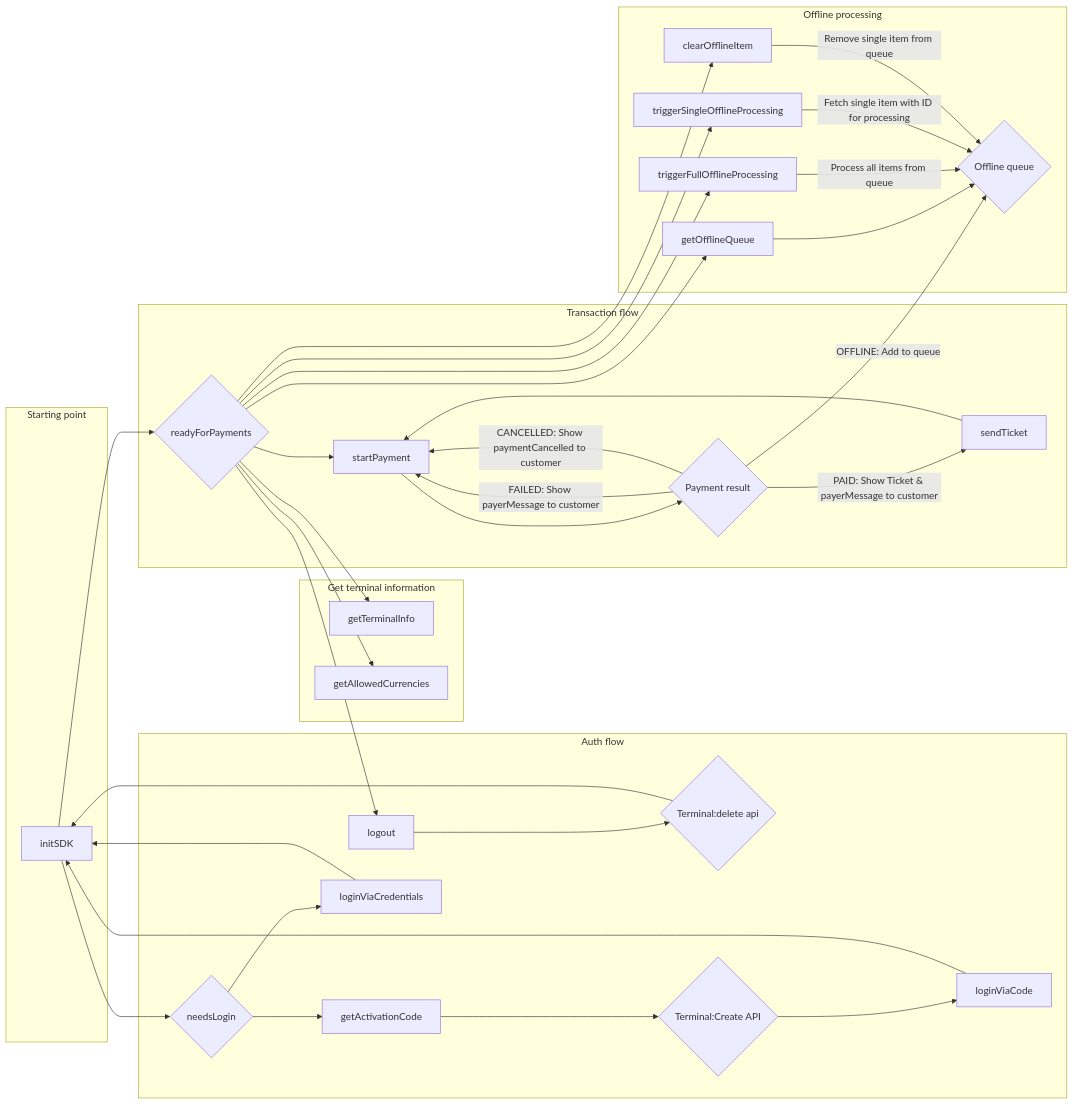
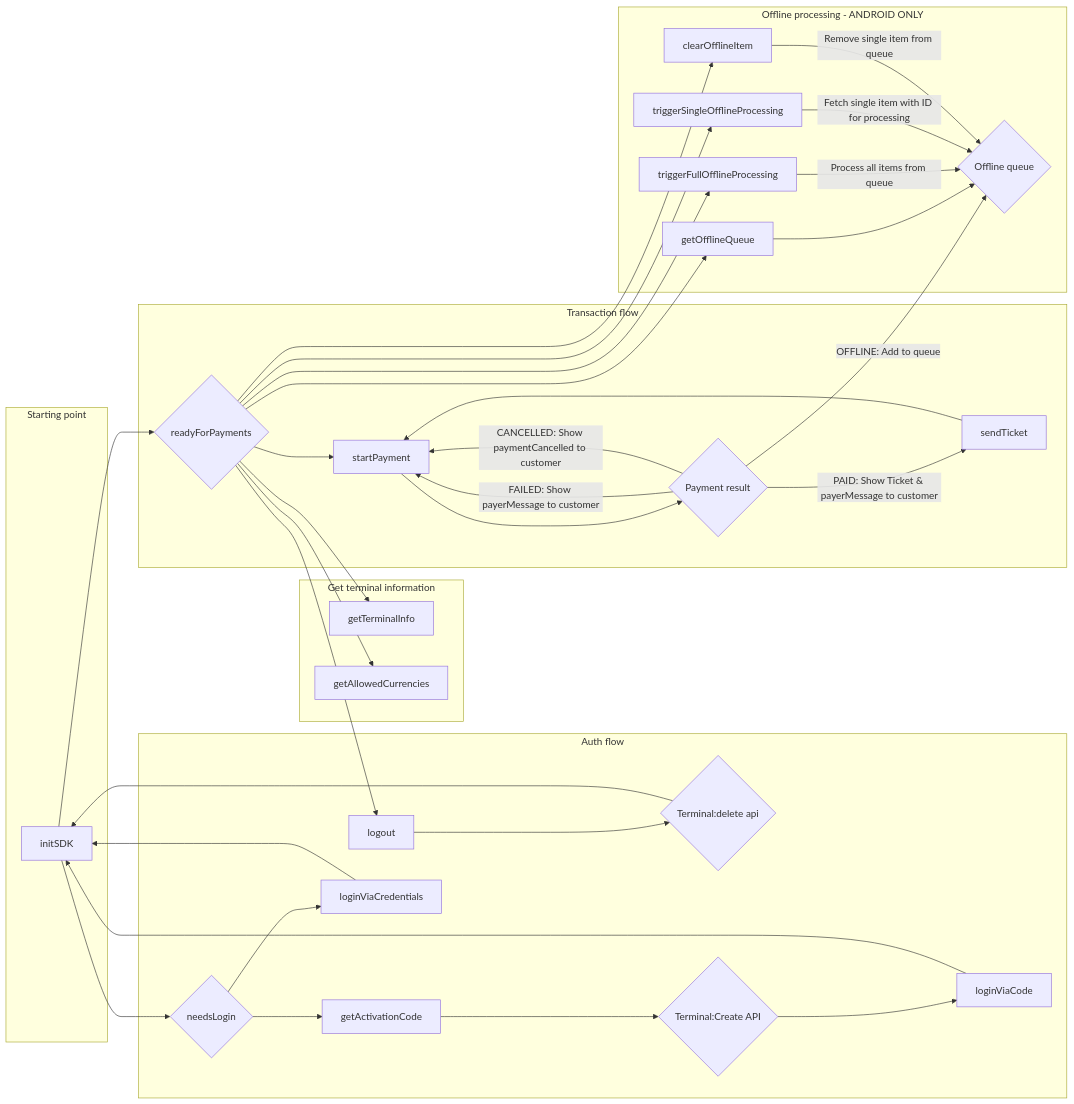
The diagram in docs/sdk-react-native.md (paynl/POS.SDK), drawn with Mermaid before and after one commit.

````diff
--- a/docs/sdk-react-native.md
+++ b/docs/sdk-react-native.md
@@ -160,47 +160,47 @@
 ```mermaid
 flowchart LR;
   subgraph Starting point
   A[initSDK]
   end
 
   subgraph Transaction flow
   A --> B{readyForPayments}
   B --> F[startPayment]
   F --> H{Payment result}
   H --> |PAID: Show Ticket & payerMessage to customer| N
   N[sendTicket] --> F
   H --> |FAILED: Show payerMessage to customer| F
   H --> |CANCELLED: Show paymentCancelled to customer| F
   end
 
   subgraph Get terminal information
   B --> I[getTerminalInfo]
   B --> J[getAllowedCurrencies]
   end
 
   subgraph Auth flow
   A --> M{needsLogin}
   B --> K[logout]
   K --> L{Terminal:delete api}
   L --> A
   M --> C[getActivationCode]
   C --> D{Terminal:Create API}
   D --> E[loginViaCode]
   E --> A
   M --> G[loginViaCredentials]
   G --> A
 
   end
 
-  subgraph Offline processing
+  subgraph Offline processing - ANDROID ONLY
   H -->|OFFLINE: Add to queue| O{Offline queue}
   B --> P[getOfflineQueue]
   P --> O
   B --> Q[triggerFullOfflineProcessing]
   Q -->|Process all items from queue| O
   B --> R[triggerSingleOfflineProcessing]
   R -->|Fetch single item with ID for processing| O
   B --> S[clearOfflineItem]
   S -->|Remove single item from queue| O
   end
 ```
````
